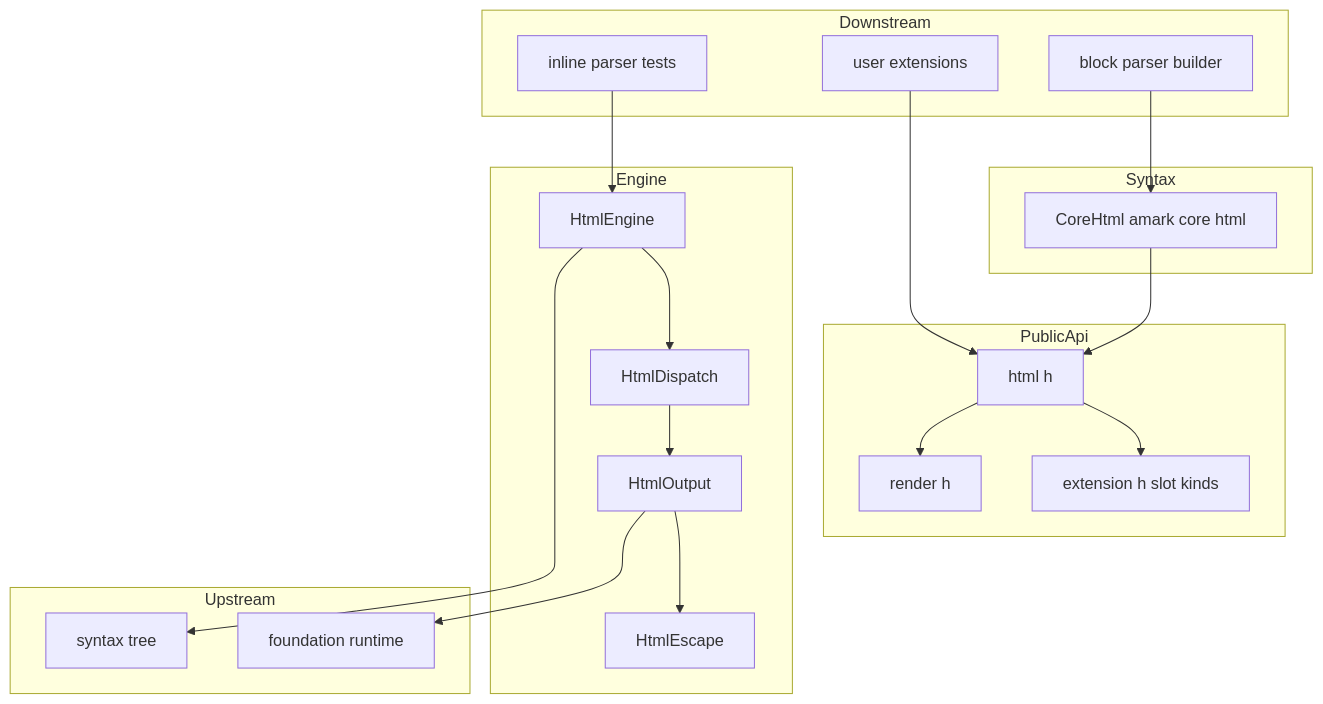
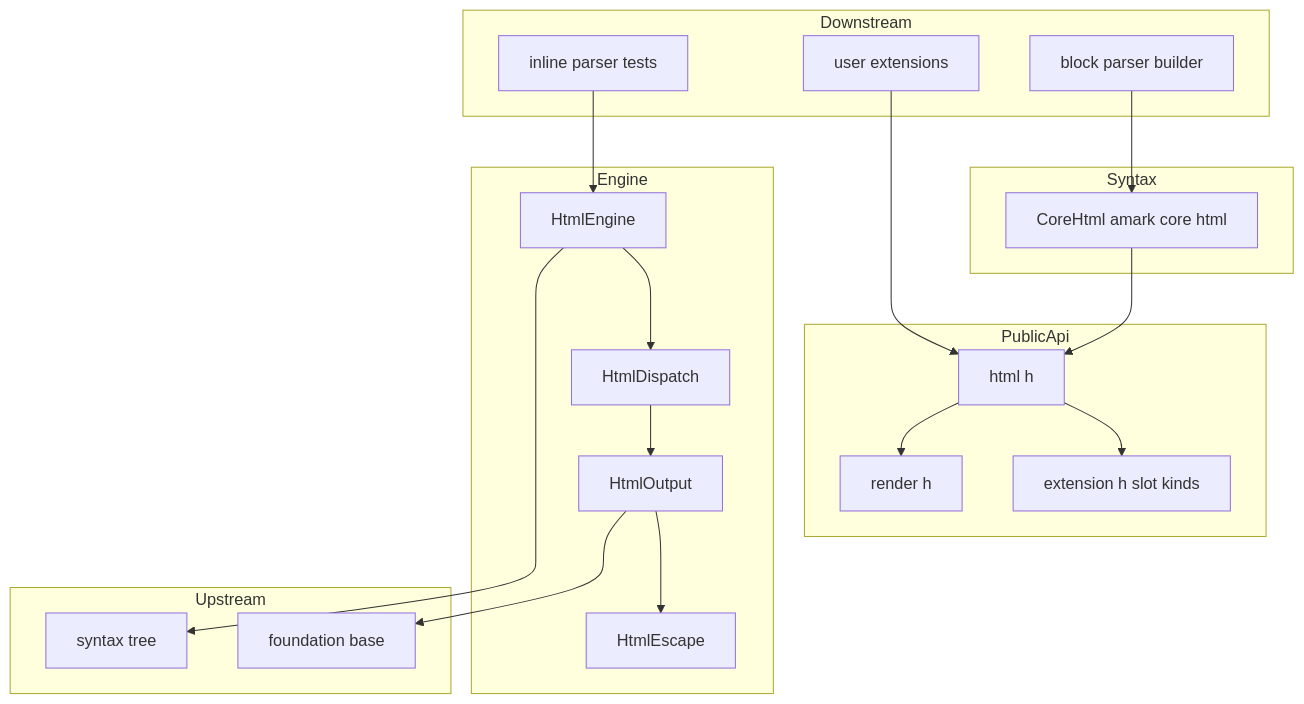
Before and after one commit to ktdevx/amark-private2: the first of 4 diagrams in .kiro/specs/html-renderer/design.md, drawn with Mermaid. The commit also changed other lines of this file and 16 other files, not shown here.

First line of the commit message:
Refactor terminology from "common runtime" to "common base" across specifications

````diff
--- a/.kiro/specs/html-renderer/design.md
+++ b/.kiro/specs/html-renderer/design.md
@@ -62,37 +62,37 @@
 ```mermaid
 graph TB
     subgraph PublicApi
         RenderH[render h]
         HtmlH[html h]
         ExtH[extension h slot kinds]
     end
     subgraph Engine
         Escape[HtmlEscape]
         Output[HtmlOutput]
         Dispatch[HtmlDispatch]
         Render[HtmlEngine]
     end
     subgraph Syntax
         CoreHtml[CoreHtml amark core html]
     end
     subgraph Upstream
         Tree[syntax tree]
-        Runtime[foundation runtime]
+        Base[foundation base]
     end
     subgraph Downstream
         BlockParser[block parser builder]
         InlineParser[inline parser tests]
         UserExt[user extensions]
     end
     Output --> Escape
     Dispatch --> Output
     Render --> Dispatch
     Render --> Tree
-    Output --> Runtime
+    Output --> Base
     CoreHtml --> HtmlH
     UserExt --> HtmlH
     BlockParser --> CoreHtml
     InlineParser --> Render
     HtmlH --> ExtH
     HtmlH --> RenderH
 ```
````
